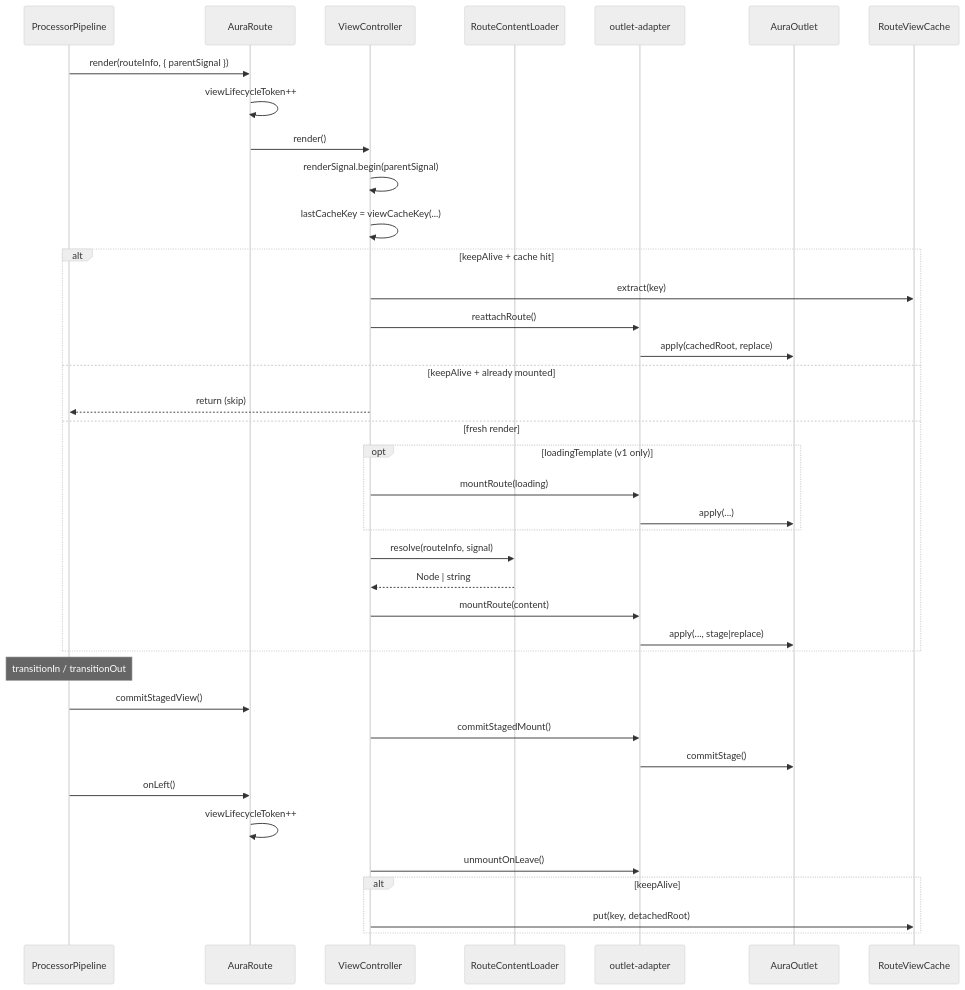
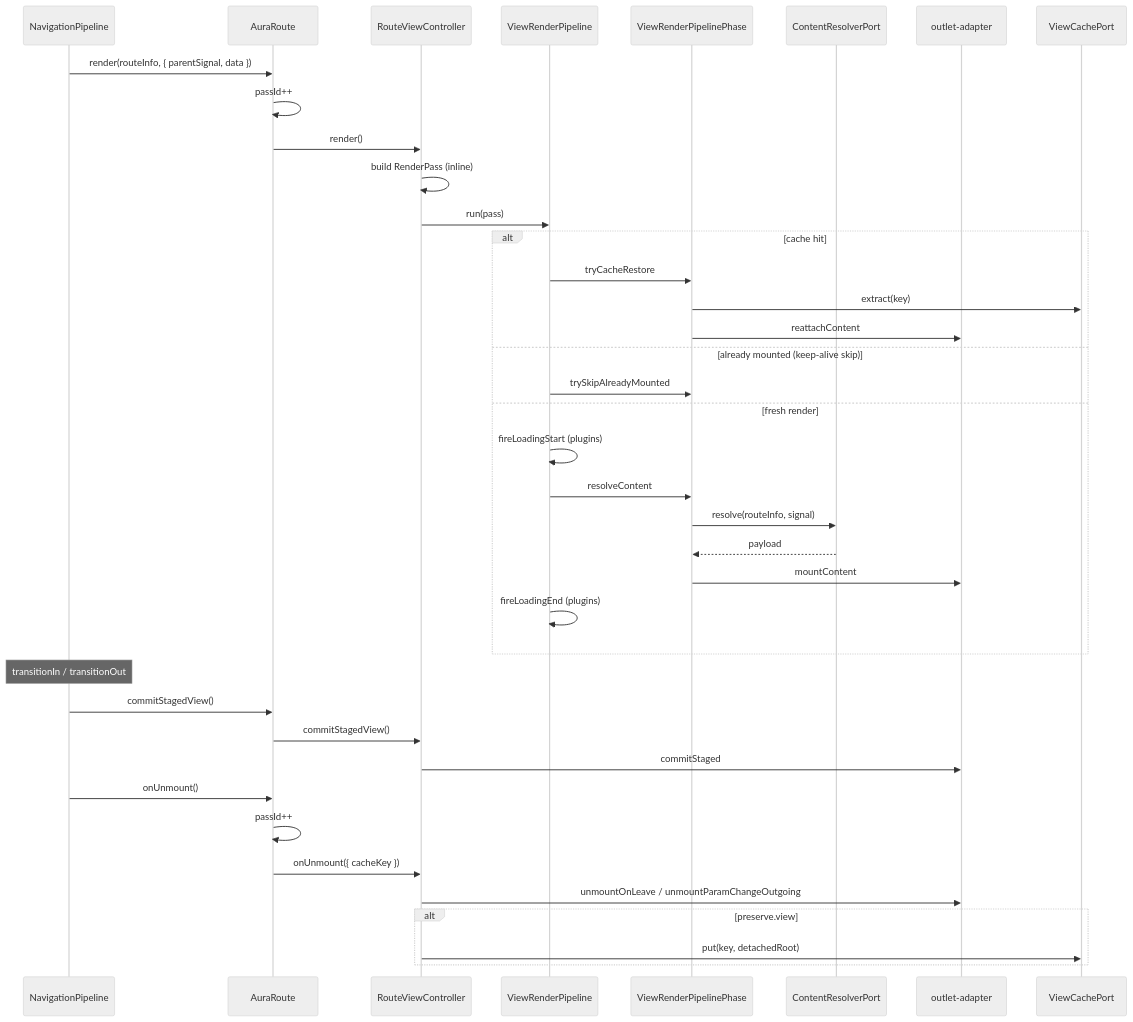
The diagram in docs/todo/VIEW_LAYER_ARCHITECTURE.md (aura-ui/router), drawn with Mermaid (neutral theme) before and after one commit. The commit also changed other lines of this file and 2 other files, not shown here.

Commit message:
docs: update todo work for view layer

````diff
--- a/docs/todo/VIEW_LAYER_ARCHITECTURE.md
+++ b/docs/todo/VIEW_LAYER_ARCHITECTURE.md
@@ -80,47 +81,47 @@
 ```mermaid
 sequenceDiagram
-  participant Engine as ProcessorPipeline
+  participant Engine as NavigationPipeline
   participant Route as AuraRoute
-  participant VC as ViewController
-  participant Content as RouteContentLoader
+  participant VC as RouteViewController
+  participant Pipe as ViewRenderPipeline
+  participant Phase as ViewRenderPipelinePhase
+  participant Content as ContentResolverPort
   participant Outlet as outlet-adapter
-  participant AO as AuraOutlet
-  participant Cache as RouteViewCache
+  participant Cache as ViewCachePort
 
-  Engine->>Route: render(routeInfo, { parentSignal })
-  Route->>Route: viewLifecycleToken++
+  Engine->>Route: render(routeInfo, { parentSignal, data })
+  Route->>Route: passId++
   Route->>VC: render()
 
-  VC->>VC: renderSignal.begin(parentSignal)
-  VC->>VC: lastCacheKey = viewCacheKey(...)
+  VC->>VC: build RenderPass (inline)
+  VC->>Pipe: run(pass)
 
-  alt keepAlive + cache hit
-    VC->>Cache: extract(key)
-    VC->>Outlet: reattachRoute()
-    Outlet->>AO: apply(cachedRoot, replace)
-  else keepAlive + already mounted
-    VC-->>Engine: return (skip)
+  alt cache hit
+    Pipe->>Phase: tryCacheRestore
+    Phase->>Cache: extract(key)
+    Phase->>Outlet: reattachContent
+  else already mounted (keep-alive skip)
+    Pipe->>Phase: trySkipAlreadyMounted
   else fresh render
-    opt loadingTemplate (v1 only)
-      VC->>Outlet: mountRoute(loading)
-      Outlet->>AO: apply(...)
-    end
-    VC->>Content: resolve(routeInfo, signal)
-    Content-->>VC: Node | string
-    VC->>Outlet: mountRoute(content)
-    Outlet->>AO: apply(..., stage|replace)
+    Pipe->>Pipe: fireLoadingStart (plugins)
+    Pipe->>Phase: resolveContent
+    Phase->>Content: resolve(routeInfo, signal)
+    Content-->>Phase: payload
+    Phase->>Outlet: mountContent
+    Pipe->>Pipe: fireLoadingEnd (plugins)
   end
 
   Note over Engine: transitionIn / transitionOut
 
   Engine->>Route: commitStagedView()
-  VC->>Outlet: commitStagedMount()
-  Outlet->>AO: commitStage()
+  Route->>VC: commitStagedView()
+  VC->>Outlet: commitStaged
 
-  Engine->>Route: onLeft()
-  Route->>Route: viewLifecycleToken++
-  VC->>Outlet: unmountOnLeave()
-  alt keepAlive
+  Engine->>Route: onUnmount()
+  Route->>Route: passId++
+  Route->>VC: onUnmount({ cacheKey })
+  VC->>Outlet: unmountOnLeave / unmountParamChangeOutgoing
+  alt preserve.view
     VC->>Cache: put(key, detachedRoot)
   end
 ```
````
